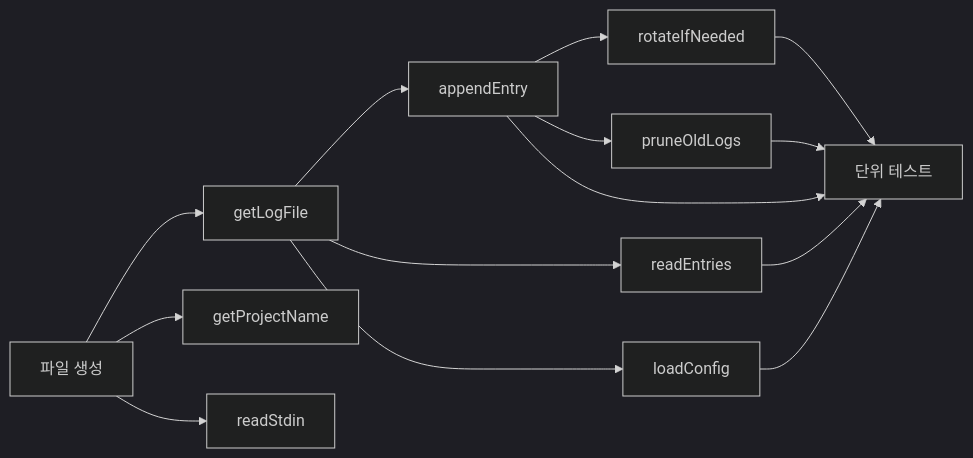
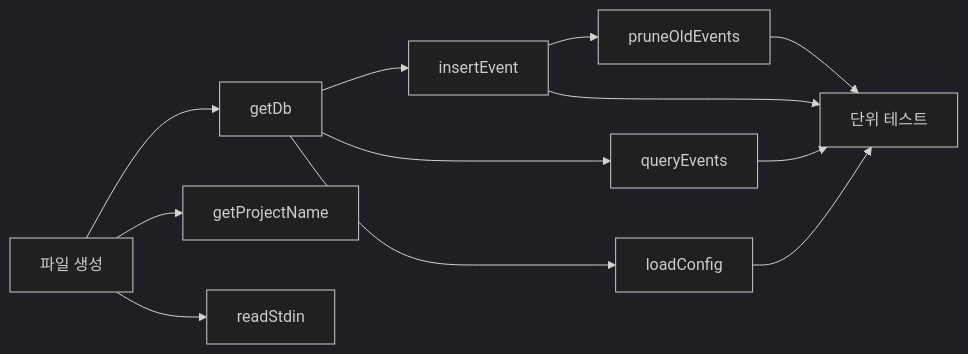
The diagram in .sdd/specs/data-collection/log-writer/tasks.md (JakeB-5/reflexion), drawn with Mermaid (dark theme) before and after one commit. The commit also changed other lines of this file and 83 other files, not shown here.

````diff
--- a/.sdd/specs/data-collection/log-writer/tasks.md
+++ b/.sdd/specs/data-collection/log-writer/tasks.md
@@ -42,12 +41,11 @@
 ```mermaid
 graph LR
-    A[파일 생성] --> B[getLogFile]
+    A[파일 생성] --> B[getDb]
     A --> C[getProjectName]
     A --> D[readStdin]
-    B --> E[appendEntry]
-    B --> F[readEntries]
-    E --> G[rotateIfNeeded]
-    E --> H[pruneOldLogs]
+    B --> E[insertEvent]
+    B --> F[queryEvents]
+    E --> G[pruneOldEvents]
     B --> I[loadConfig]
-    E & F & G & H & I --> J[단위 테스트]
+    E & F & G & I --> J[단위 테스트]
 ```
````
